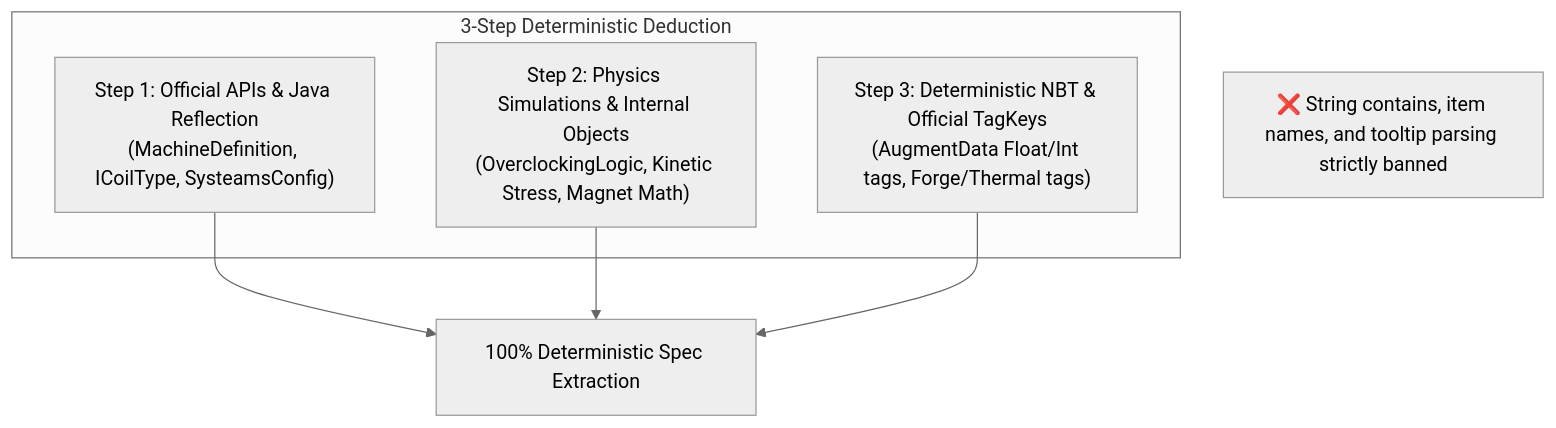
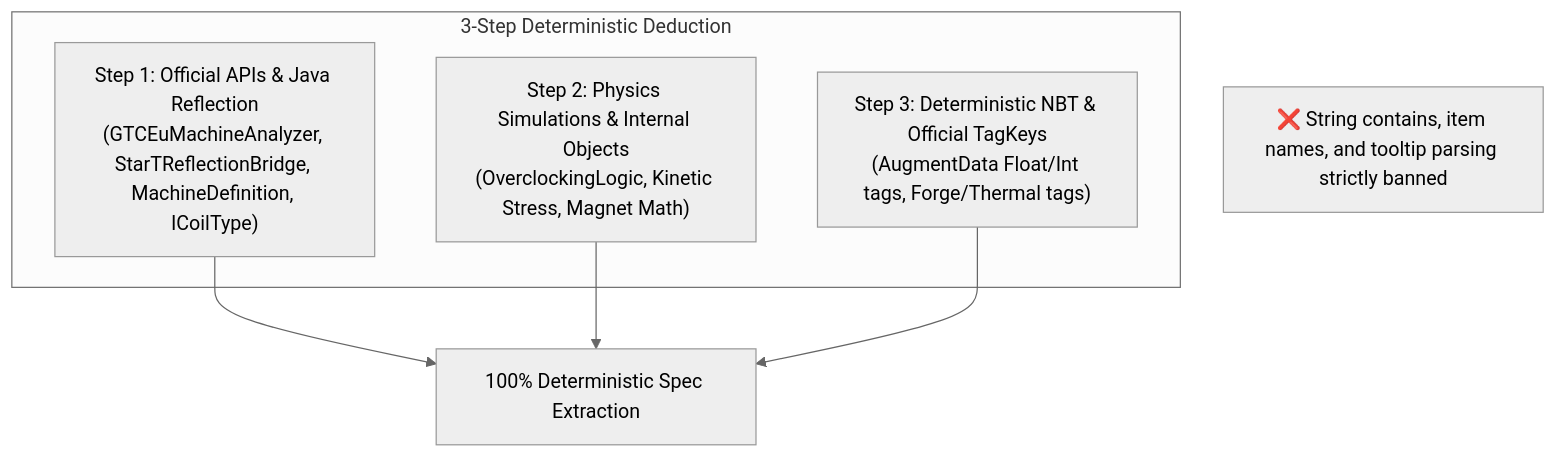
One commit to Amvermain/GregTechCalculatorBoard changed the third of 3 diagrams in docs/en_us/spec/05_INTEGRATION_AND_I18N.md. Above: the diagram before and after it, drawn with Mermaid (neutral theme). The commit also changed other lines of this file and 66 other files, not shown here.

````diff
--- a/docs/en_us/spec/05_INTEGRATION_AND_I18N.md
+++ b/docs/en_us/spec/05_INTEGRATION_AND_I18N.md
@@ -103,12 +103,12 @@
 ```mermaid
 flowchart TD
     subgraph ThreeStep["3-Step Deterministic Deduction"]
-        STEP1["Step 1: Official APIs & Java Reflection<br/>(MachineDefinition, ICoilType, SysteamsConfig)"]
+        STEP1["Step 1: Official APIs & Java Reflection<br/>(GTCEuMachineAnalyzer, StarTReflectionBridge, MachineDefinition, ICoilType)"]
         STEP2["Step 2: Physics Simulations & Internal Objects<br/>(OverclockingLogic, Kinetic Stress, Magnet Math)"]
         STEP3["Step 3: Deterministic NBT & Official TagKeys<br/>(AugmentData Float/Int tags, Forge/Thermal tags)"]
     end
 
     PROHIBIT["❌ String contains, item names, and tooltip parsing strictly banned"]
     
     STEP1 & STEP2 & STEP3 --> RESULT["100% Deterministic Spec Extraction"]
 ```
````
